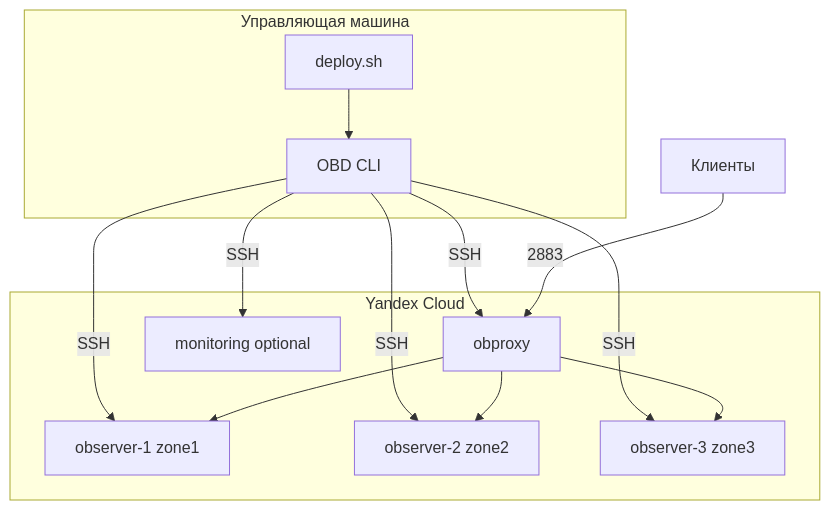
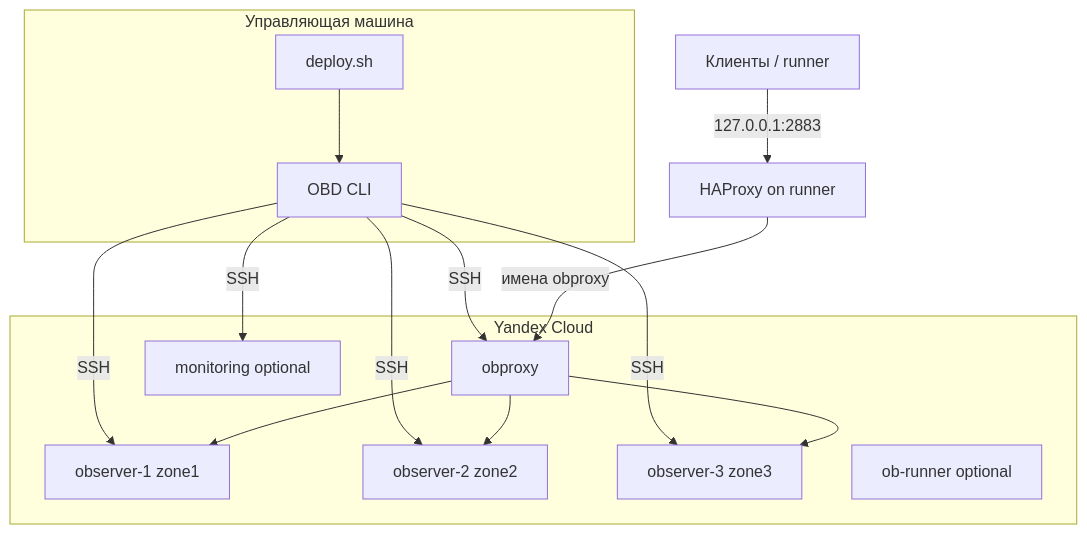
One commit to zinal/oceanbase-deploy changed the diagram in README.md. Above: the diagram before and after it, drawn with Mermaid. The commit also changed other lines of this file and 17 other files, not shown here.

First line of the commit message:
Add optional ob-runner VMs and runner-haproxy setup

````diff
--- a/README.md
+++ b/README.md
@@ -18,24 +18,26 @@
 ```mermaid
 flowchart TB
   subgraph control [Управляющая машина]
     OBD[OBD CLI]
     Scripts[deploy.sh]
   end
 
   subgraph yc [Yandex Cloud]
     O1[observer-1 zone1]
     O2[observer-2 zone2]
     O3[observer-3 zone3]
     P[obproxy]
     M[monitoring optional]
+    R[ob-runner optional]
   end
 
   Scripts --> OBD
   OBD -->|SSH| O1
   OBD -->|SSH| O2
   OBD -->|SSH| O3
   OBD -->|SSH| P
   OBD -->|SSH| M
-  Client[Клиенты] -->|2883| P
+  Client[Клиенты / runner] -->|127.0.0.1:2883| HAP[HAProxy on runner]
+  HAP -->|имена obproxy| P
   P --> O1 & O2 & O3
 ```
````
